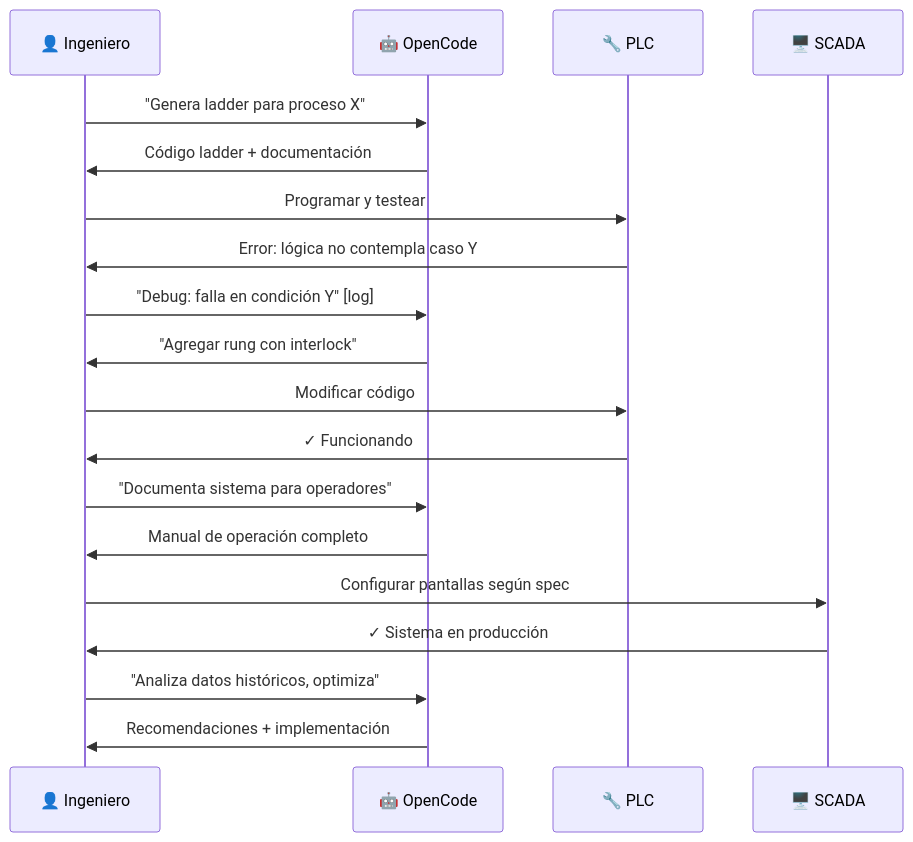
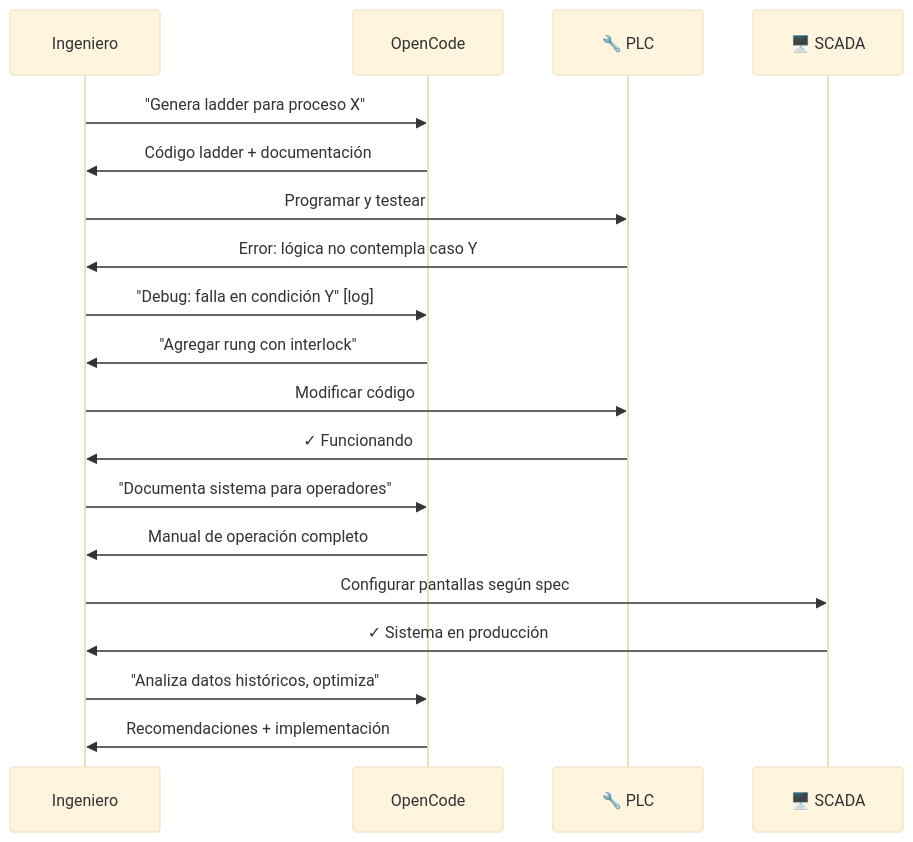
One commit to Ai-Whisperers/Courses-Content changed diagram 12 of 12 in courses/🟡-development/FPUNA-2026/02-ELECTRONICA-AUTOMATIZACION/04-automatizacion-industrial.md. Above: the diagram before and after it, drawn with Mermaid. The commit also changed other lines of this file and 47 other files, not shown here.

First line of the commit message:
fix: Make all 473 diagrams WCAG AAA accessible (FPUNA-2026)

````diff
--- a/courses/🟡-development/FPUNA-2026/02-ELECTRONICA-AUTOMATIZACION/04-automatizacion-industrial.md
+++ b/courses/🟡-development/FPUNA-2026/02-ELECTRONICA-AUTOMATIZACION/04-automatizacion-industrial.md
@@ -1005,22 +1016,23 @@
 ```mermaid
+%%{init: {'theme':'base', 'themeVariables': {'fontSize':'18px'}}}%%
 sequenceDiagram
-    participant I as 👤 Ingeniero
-    participant O as 🤖 OpenCode
+    participant I as Ingeniero
+    participant O as OpenCode
     participant PLC as 🔧 PLC
     participant SCADA as 🖥️ SCADA
     
     I->>O: "Genera ladder para proceso X"
     O->>I: Código ladder + documentación
     I->>PLC: Programar y testear
     PLC->>I: Error: lógica no contempla caso Y
     I->>O: "Debug: falla en condición Y" [log]
     O->>I: "Agregar rung con interlock"
     I->>PLC: Modificar código
     PLC->>I: ✓ Funcionando
     I->>O: "Documenta sistema para operadores"
     O->>I: Manual de operación completo
     I->>SCADA: Configurar pantallas según spec
     SCADA->>I: ✓ Sistema en producción
     I->>O: "Analiza datos históricos, optimiza"
     O->>I: Recomendaciones + implementación
 ```
````
